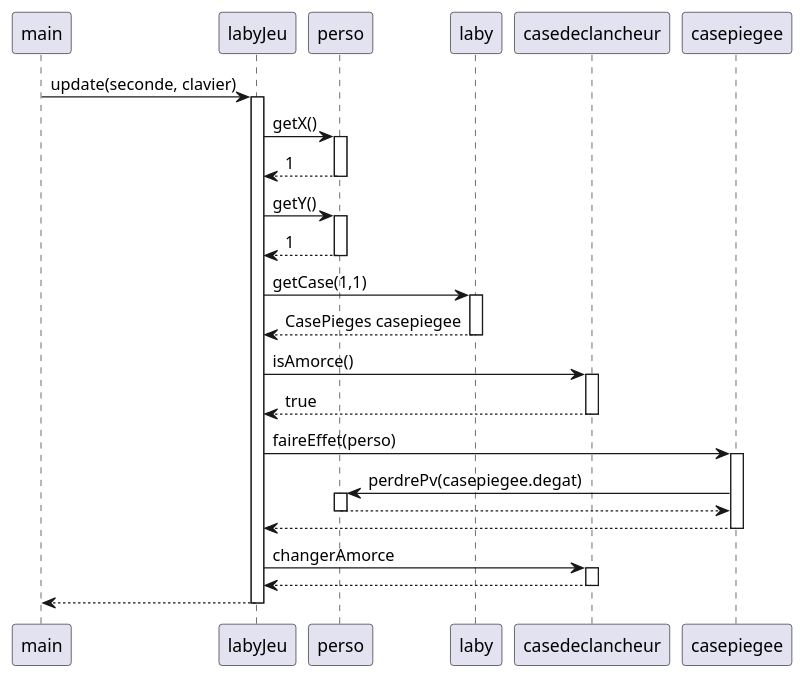
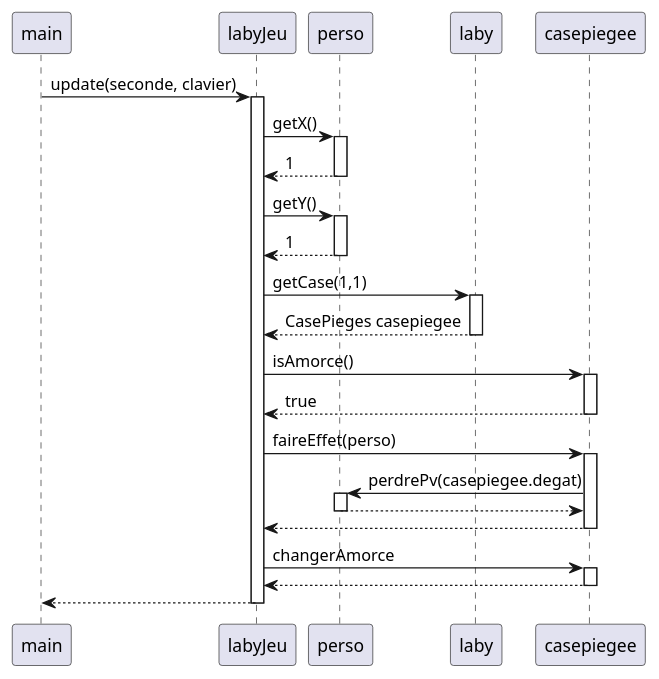
The diagram in documents/version_4/Avant/Diag_sec_case_Piegee_amorce.puml (Cedran-Bastien/2022_Zeldiablo_Retter_Perez_Hergott_Bastien), drawn with PlantUML before and after one commit. The commit also changed 30 other files, not shown here.

```diff
--- a/documents/version_4/Avant/Diag_sec_case_Piegee_amorce.puml
+++ b/documents/version_4/Avant/Diag_sec_case_Piegee_amorce.puml
@@ -1,44 +1,44 @@
 @startuml
 'https://plantuml.com/sequence-diagram
 
 main -> labyJeu: update(seconde, clavier)
 activate labyJeu
 
 labyJeu-> perso : getX()
 activate perso
 perso --> labyJeu : 1
 deactivate perso
 
 labyJeu -> perso : getY()
 activate perso
 perso --> labyJeu : 1
 deactivate perso
 
 labyJeu -> laby : getCase(1,1)
 activate laby
 laby --> labyJeu :CasePieges casepiegee
 deactivate laby
 
-labyJeu ->casedeclancheur : isAmorce()
-activate casedeclancheur
-casedeclancheur --> labyJeu : true
-deactivate casedeclancheur
+labyJeu ->casepiegee : isAmorce()
+activate casepiegee
+casepiegee --> labyJeu : true
+deactivate casepiegee
 
 labyJeu -> casepiegee : faireEffet(perso)
 activate casepiegee
 casepiegee -> perso : perdrePv(casepiegee.degat)
 activate perso
 perso --> casepiegee
 deactivate perso
 casepiegee --> labyJeu
 deactivate casepiegee
 
-labyJeu -> casedeclancheur : changerAmorce
-activate casedeclancheur
-casedeclancheur --> labyJeu :
-deactivate casedeclancheur
+labyJeu -> casepiegee : changerAmorce
+activate casepiegee
+casepiegee --> labyJeu :
+deactivate casepiegee
 
 labyJeu --> main
 deactivate labyJeu
 
 @enduml
```
